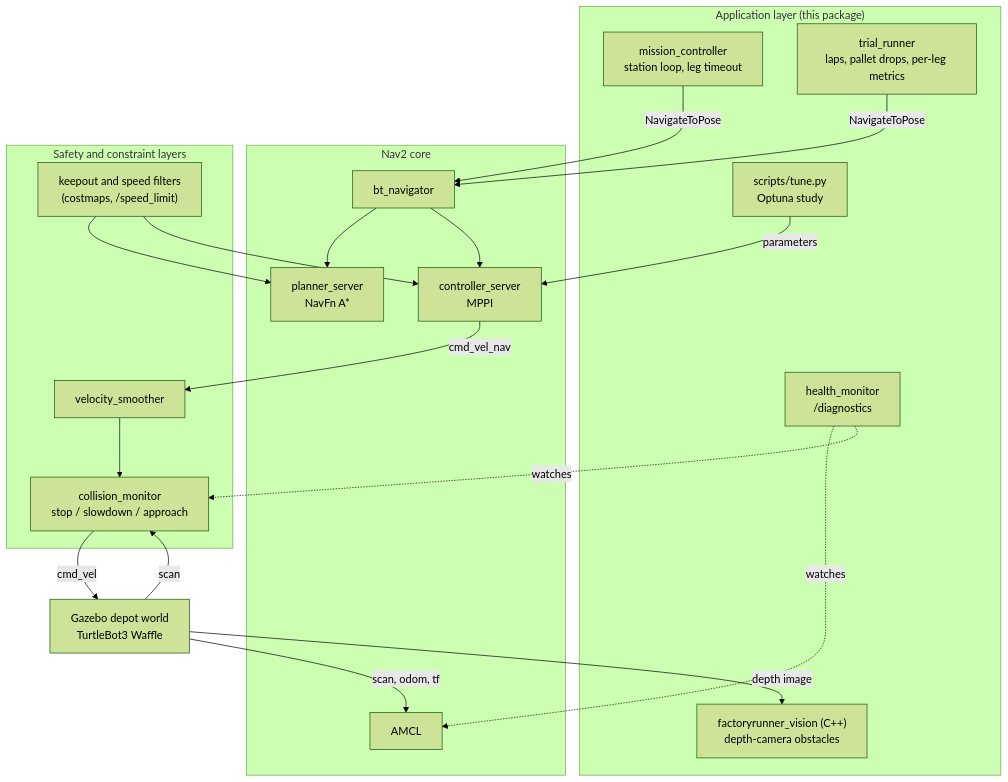
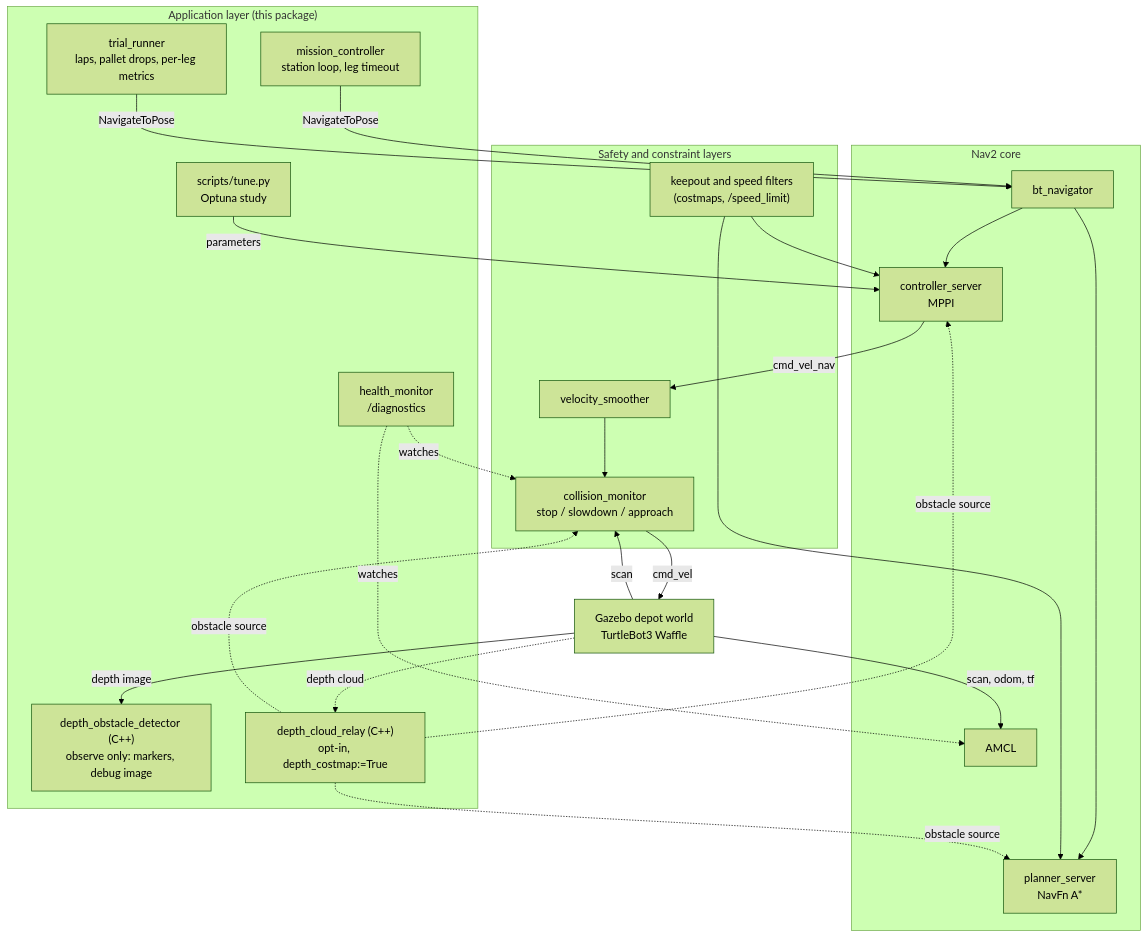
Before and after one commit to not-good-keeper/factoryrunner-nav2: the diagram in README.md, drawn with Mermaid (forest theme). The commit also changed other lines of this file and 1 other file, not shown here.

Commit message:
Show the demo and the depth-cloud path in the README, and link the result files

````diff
--- a/README.md
+++ b/README.md
@@ -61,32 +63,37 @@
 ```mermaid
 flowchart TB
     subgraph app["Application layer (this package)"]
         mc["mission_controller<br/>station loop, leg timeout"]
         tr["trial_runner<br/>laps, pallet drops, per-leg metrics"]
         tune["scripts/tune.py<br/>Optuna study"]
         hm["health_monitor<br/>/diagnostics"]
-        vision["factoryrunner_vision (C++)<br/>depth-camera obstacles"]
+        detector["depth_obstacle_detector (C++)<br/>observe only: markers, debug image"]
+        relay["depth_cloud_relay (C++)<br/>opt-in, depth_costmap:=True"]
     end
     subgraph nav2["Nav2 core"]
         bt["bt_navigator"] --> planner["planner_server<br/>NavFn A*"]
         bt --> ctrl["controller_server<br/>MPPI"]
         amcl["AMCL"]
     end
     subgraph safety["Safety and constraint layers"]
         filters["keepout and speed filters<br/>(costmaps, /speed_limit)"]
         smoother["velocity_smoother"] --> cm["collision_monitor<br/>stop / slowdown / approach"]
     end
     sim["Gazebo depot world<br/>TurtleBot3 Waffle"]
     mc -- NavigateToPose --> bt
     tr -- NavigateToPose --> bt
     tune -- parameters --> ctrl
     filters --> planner
     filters --> ctrl
     ctrl -- cmd_vel_nav --> smoother
     cm -- cmd_vel --> sim
     sim -- scan, odom, tf --> amcl
     sim -- scan --> cm
-    sim -- depth image --> vision
+    sim -- depth image --> detector
+    sim -. depth cloud .-> relay
+    relay -. obstacle source .-> planner
+    relay -. obstacle source .-> ctrl
+    relay -. obstacle source .-> cm
     hm -. watches .-> amcl
     hm -. watches .-> cm
 ```
````
